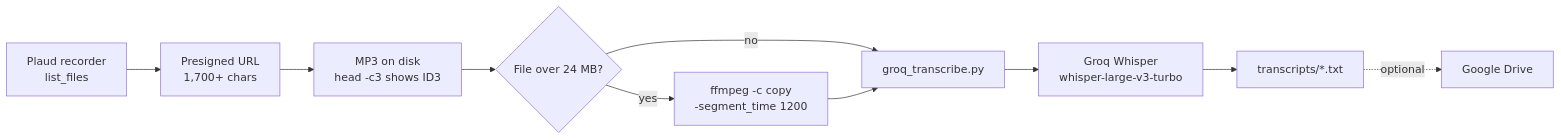
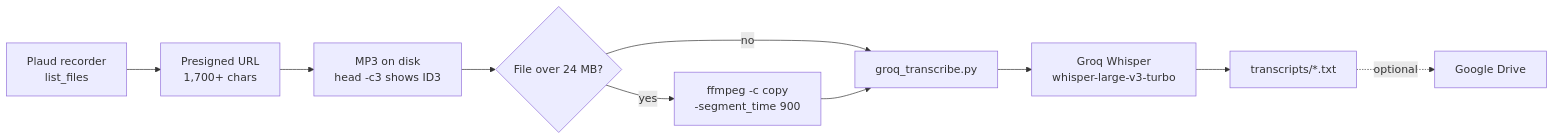
Before and after one commit to Wendy-Nam/Plaud-Groq-transcribe: the diagram in README.md, drawn with Mermaid. The commit also changed other lines of this file and 6 other files, not shown here.

````diff
--- a/README.md
+++ b/README.md
@@ -52,12 +52,12 @@
 ```mermaid
 flowchart LR
     A["Plaud recorder<br/>list_files"] --> B["Presigned URL<br/>1,700+ chars"]
     B --> C["MP3 on disk<br/>head -c3 shows ID3"]
     C --> D{"File over 24 MB?"}
     D -- no --> E["groq_transcribe.py"]
-    D -- yes --> S["ffmpeg -c copy<br/>-segment_time 1200"]
+    D -- yes --> S["ffmpeg -c copy<br/>-segment_time 900"]
     S --> E
     E --> F["Groq Whisper<br/>whisper-large-v3-turbo"]
     F --> G["transcripts/*.txt"]
     G -. optional .-> H["Google Drive"]
 ```
````
